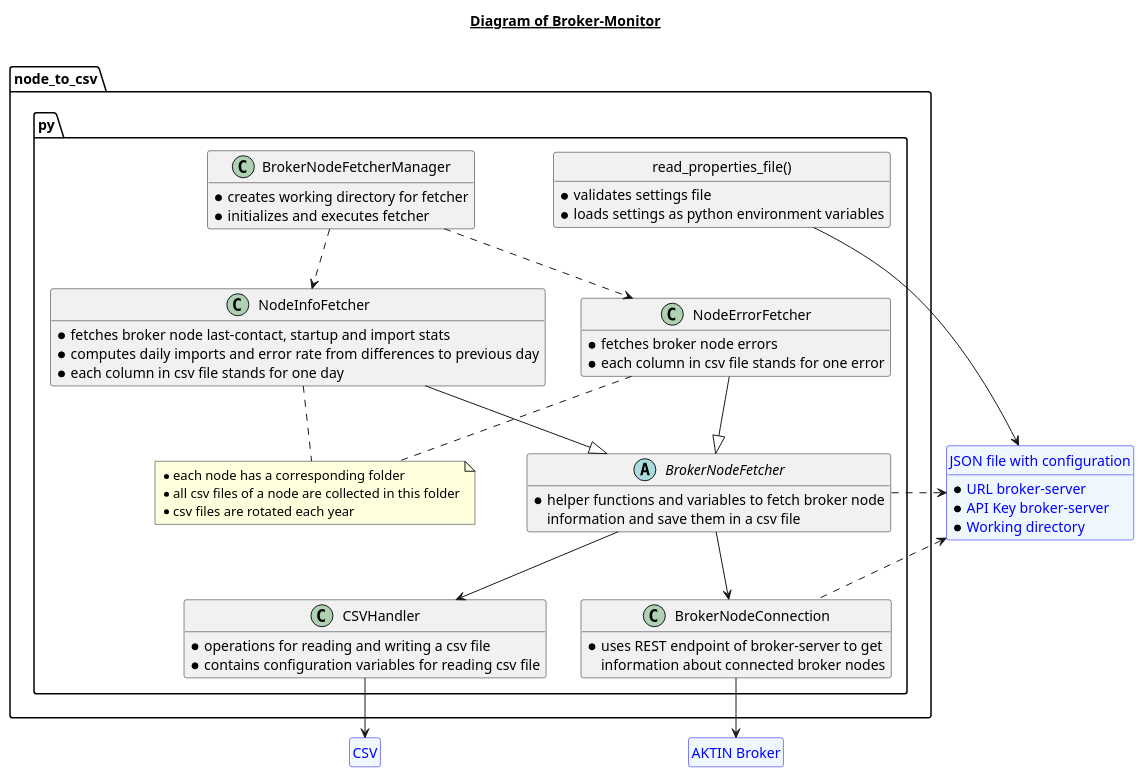
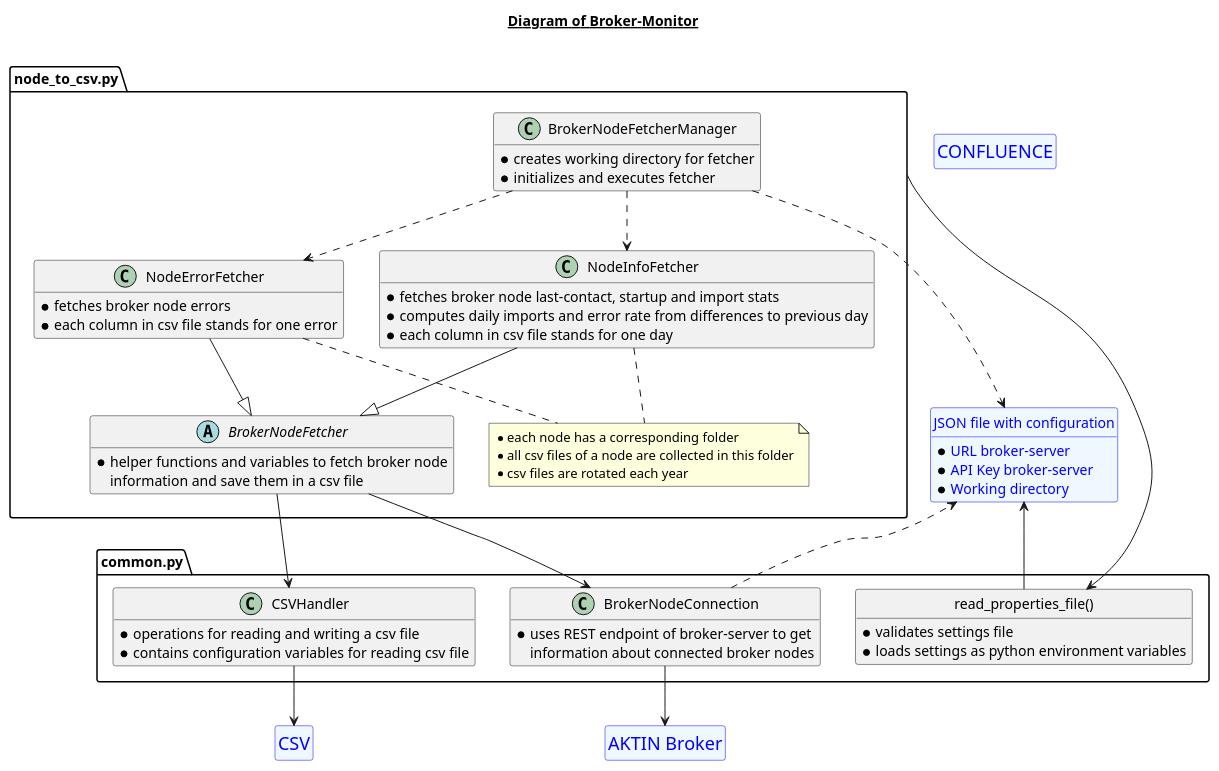
The diagram in docs/architecture/broker-monitor.puml (alexkombie/AKTIN_broker_monitor), drawn with PlantUML before and after one commit. The commit also changed 2 other files, not shown here.

Commit message:
first approach to move reusable code from node_to_csv.py into own file, adjusted architecture

```diff
--- a/docs/architecture/broker-monitor.puml
+++ b/docs/architecture/broker-monitor.puml
@@ -1,80 +1,89 @@
 @startuml
 hide methods
 
 title __Diagram of Broker-Monitor__\n
 
-package "node_to_csv.py" <<Package>> {
-class "read_properties_file()" as r {
-* validates settings file
-* loads settings as python environment variables
+entity "<size:18>AKTIN Broker</size>" as broker
+entity broker #aliceblue;line:blue;text:blue
+hide broker members
+hide broker circle
+
+entity "<size:18>CSV</size>" as csv
+entity csv #aliceblue;line:blue;text:blue
+hide csv members
+hide csv circle
+
+entity "<size:18>CONFLUENCE</size>" as confluence
+entity confluence #aliceblue;line:blue;text:blue
+hide confluence members
+hide confluence circle
+
+entity "JSON file with configuration" as settings {
+* URL broker-server
+* API Key broker-server
+* Working directory
 }
-hide r circle
+entity settings #aliceblue;line:blue;text:blue
+hide settings circle
 
-class CSVHandler {
-* operations for reading and writing a csv file
-* contains configuration variables for reading csv file
-}
-
-class BrokerNodeConnection {
-* uses REST endpoint of broker-server to get
-information about connected broker nodes
+package "node_to_csv.py" as node_to_csv <<Package>> {
+class BrokerNodeFetcherManager {
+* creates working directory for fetcher
+* initializes and executes fetcher
 }
 
 abstract class BrokerNodeFetcher {
 * helper functions and variables to fetch broker node
 information and save them in a csv file
 }
 
 class NodeErrorFetcher {
 * fetches broker node errors
 * each column in csv file stands for one error
 }
 
 class NodeInfoFetcher {
 * fetches broker node last-contact, startup and import stats
 * computes daily imports and error rate from differences to previous day
 * each column in csv file stands for one day
 }
 
-class BrokerNodeFetcherManager {
-* creates working directory for fetcher
-* initializes and executes fetcher
-}
-
 note "* each node has a corresponding folder\n* all csv files of a node are collected in this folder\n* csv files are rotated each year" as N1
 NodeErrorFetcher .. N1
 NodeInfoFetcher .. N1
 
+NodeErrorFetcher --|> BrokerNodeFetcher
+NodeInfoFetcher --|> BrokerNodeFetcher
+BrokerNodeFetcherManager ..> settings
+BrokerNodeFetcherManager ..> NodeInfoFetcher
+BrokerNodeFetcherManager ..> NodeErrorFetcher
+}
+
+package "common.py" as common <<Package>> {
+class "read_properties_file()" as read_properties {
+* validates settings file
+* loads settings as python environment variables
+}
+hide read_properties circle
+
+class BrokerNodeConnection {
+* uses REST endpoint of broker-server to get
+information about connected broker nodes
+}
+
+class CSVHandler {
+* operations for reading and writing a csv file
+* contains configuration variables for reading csv file
+}
+
+read_properties -u-> settings
+CSVHandler -d-> csv
+BrokerNodeConnection -d-> broker
+BrokerNodeConnection ..> settings
+}
+
+node_to_csv -r-> read_properties
 BrokerNodeFetcher --> CSVHandler
 BrokerNodeFetcher --> BrokerNodeConnection
-NodeErrorFetcher --|> BrokerNodeFetcher
-NodeInfoFetcher --|> BrokerNodeFetcher
-BrokerNodeFetcherManager .d.> NodeInfoFetcher
-BrokerNodeFetcherManager .d.> NodeErrorFetcher
-}
-
-entity "AKTIN Broker" as broker
-entity broker #aliceblue;line:blue;text:blue
-hide broker members
-hide broker circle
-
-entity "CSV" as csv
-entity csv #aliceblue;line:blue;text:blue
-hide csv members
-hide csv circle
-
-entity "JSON file with configuration" as settings {
-* URL broker-server
-* API Key broker-server
-* Working directory
-}
-entity settings #aliceblue;line:blue;text:blue
-hide settings circle
-
-BrokerNodeConnection -d-> broker
-CSVHandler -d-> csv
-r --> settings
-BrokerNodeConnection .l.> settings
-BrokerNodeFetcher .l.> settings
 
 @enduml
```
